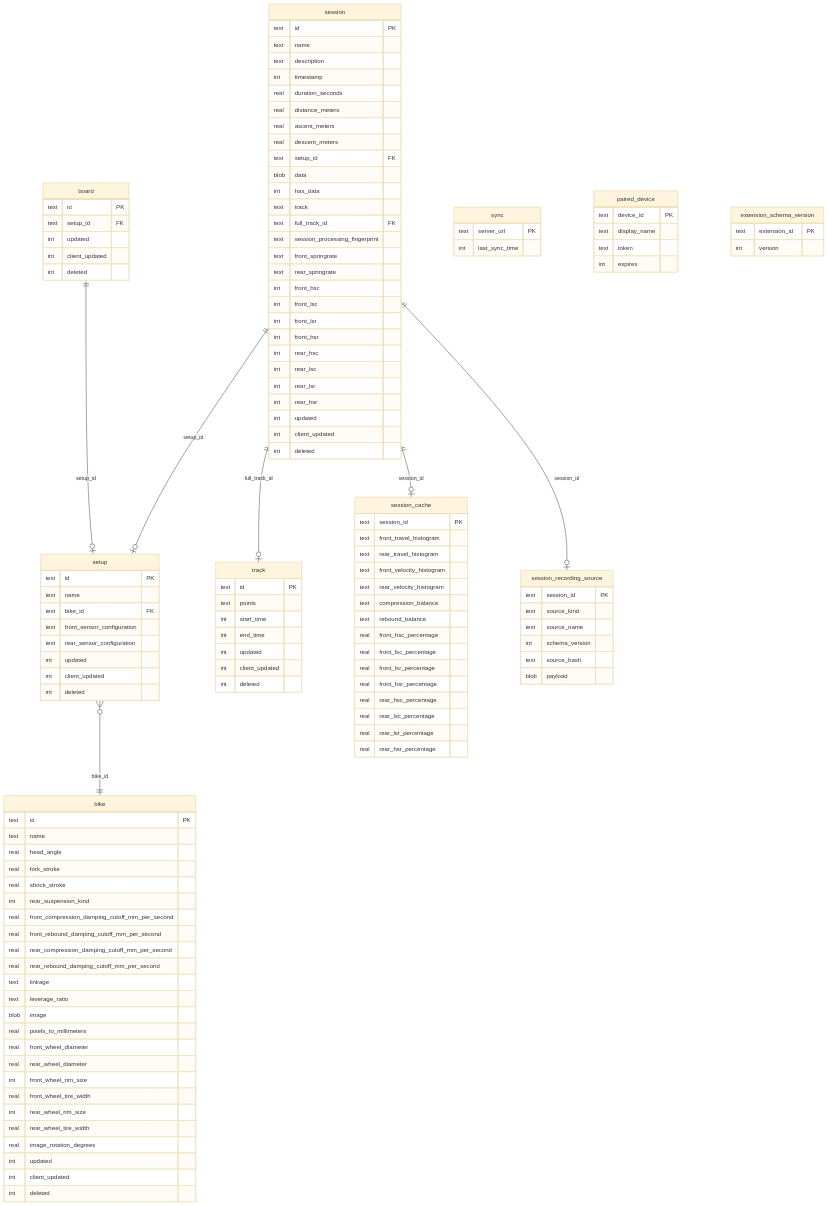
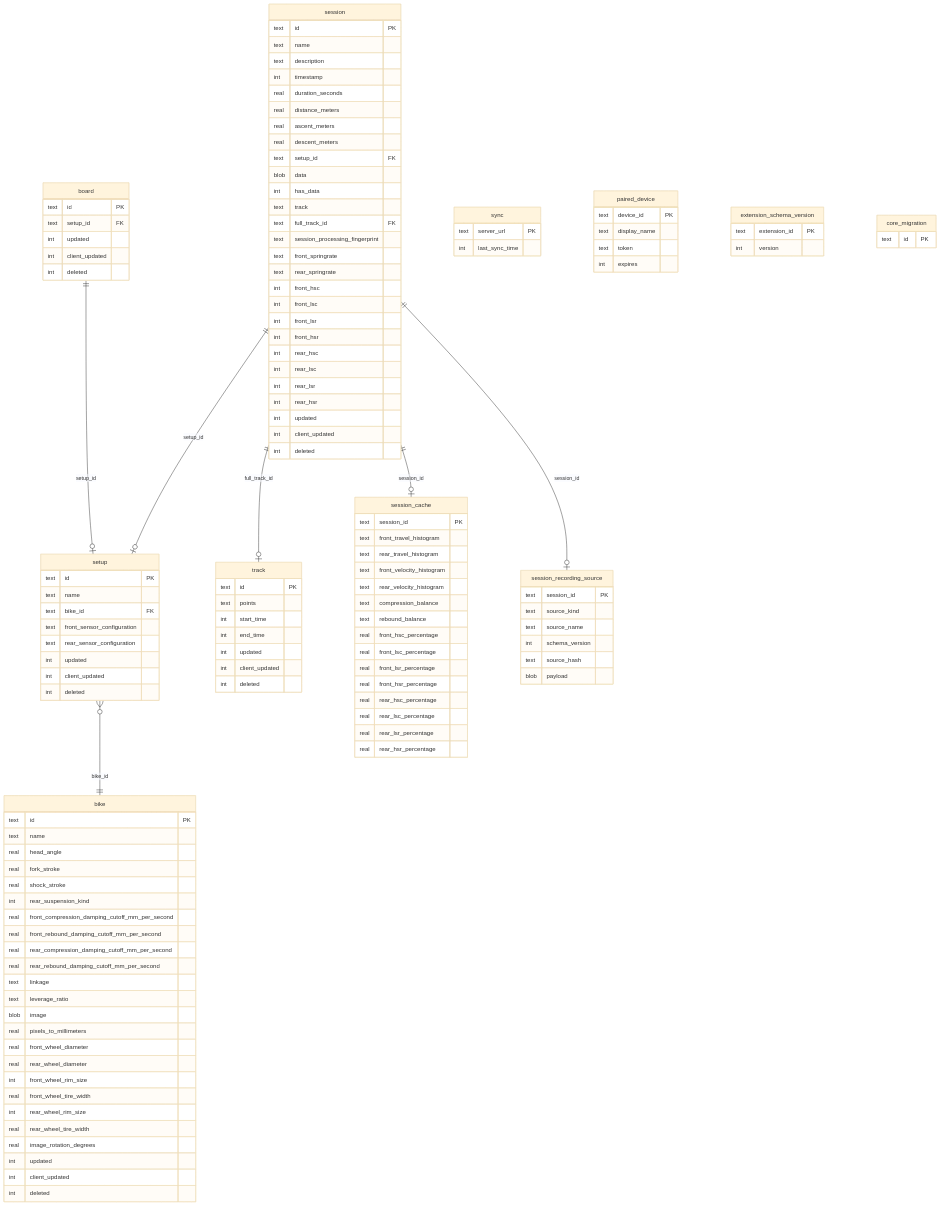
The diagram in docs/architecture/persistence.md (MoridinBG/Sufni.app), drawn with Mermaid (base theme) before and after one commit. The commit also changed other lines of this file and 4 other files, not shown here.

````diff
--- a/docs/architecture/persistence.md
+++ b/docs/architecture/persistence.md
@@ -142,4 +142,8 @@
         text extension_id PK
         int version
     }
+
+    core_migration {
+        text id PK
+    }
 ```
````
